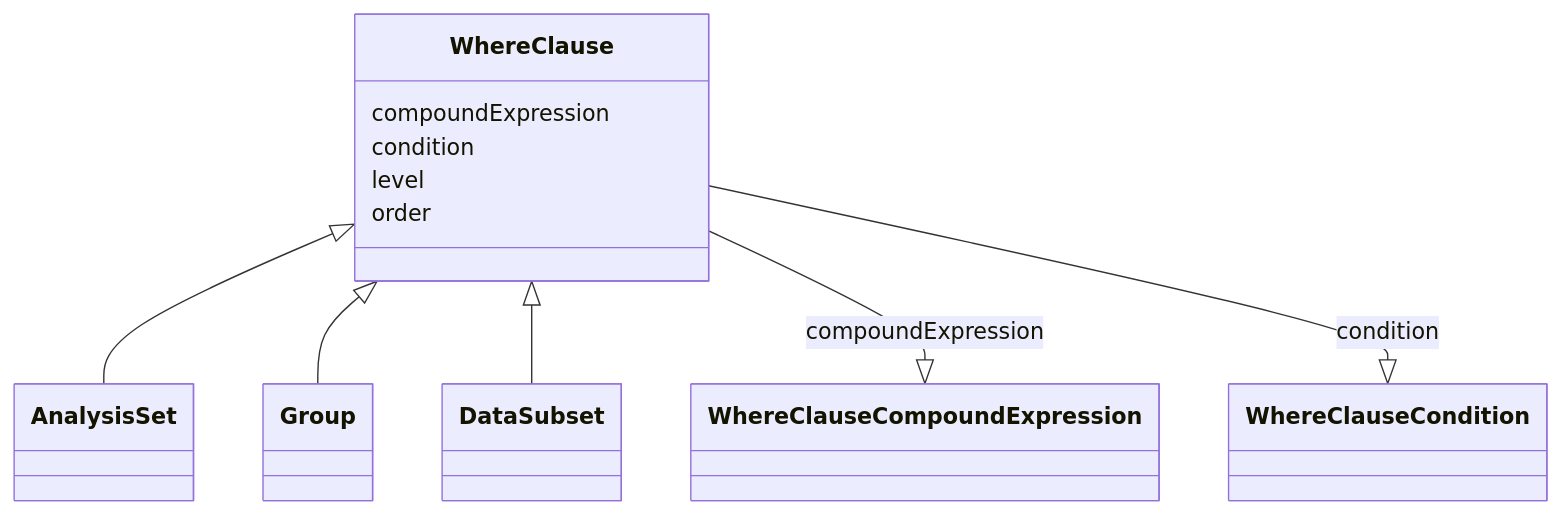
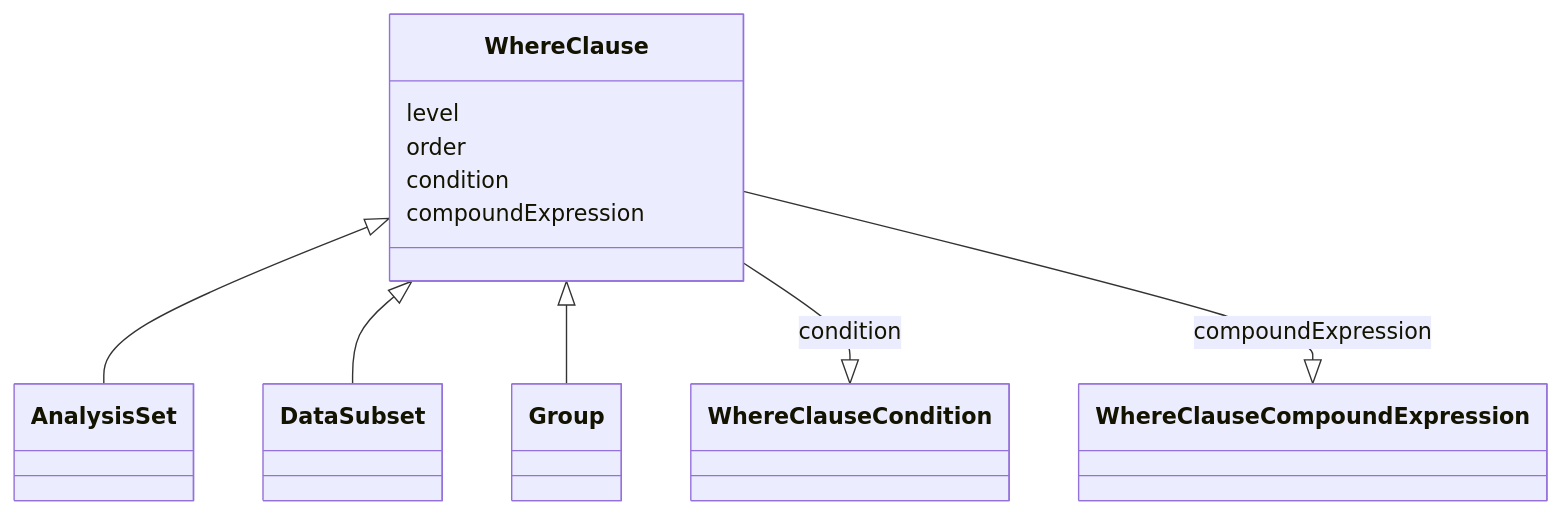
One commit to cdisc-org/analysis-results-standard changed the diagram in project/docs/WhereClause.md. Above: the diagram before and after it, drawn with Mermaid. The commit also changed other lines of this file and 192 other files, not shown here.

````diff
--- a/project/docs/WhereClause.md
+++ b/project/docs/WhereClause.md
@@ -15,21 +13,14 @@
 ```mermaid
  classDiagram
     class WhereClause
       WhereClause <|-- AnalysisSet
+      WhereClause <|-- DataSubset
       WhereClause <|-- Group
-      WhereClause <|-- DataSubset
-      
-      WhereClause : compoundExpression
+      WhereClause : level        
+        WhereClause : order        
+        WhereClause : condition        
+        WhereClause --|> WhereClauseCondition : condition
+        WhereClause : compoundExpression        
+        WhereClause --|> WhereClauseCompoundExpression : compoundExpression
         
-          WhereClause --|> WhereClauseCompoundExpression : compoundExpression
-        
-      WhereClause : condition
-        
-          WhereClause --|> WhereClauseCondition : condition
-        
-      WhereClause : level
-        
-      WhereClause : order
-        
-      
 ```
````
